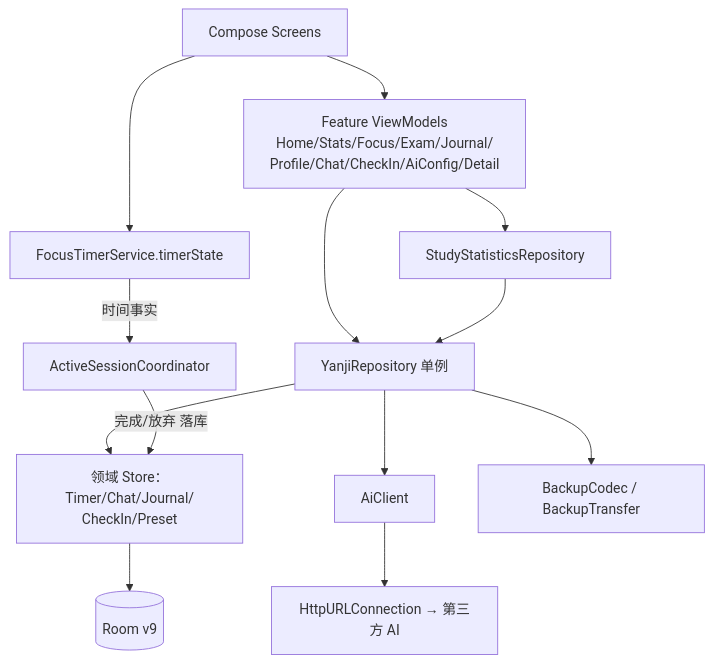
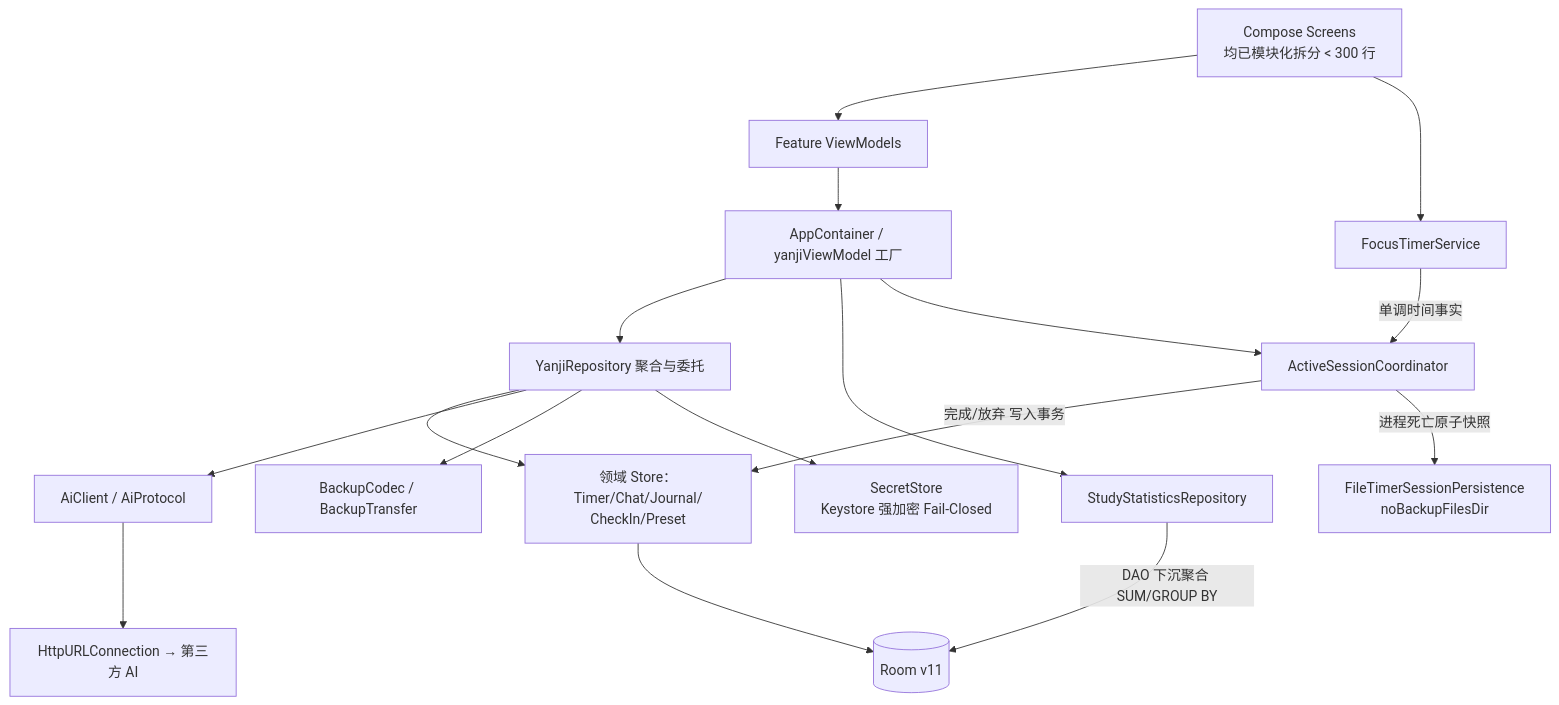
Before and after one commit to xinye1017/yanji: the diagram in 开发手册/架构与能力状态.md, drawn with Mermaid. The commit also changed other lines of this file and 109 other files, not shown here.

````diff
--- a/开发手册/架构与能力状态.md
+++ b/开发手册/架构与能力状态.md
@@ -13,18 +11,21 @@
 ```mermaid
 graph TD
-    UI[Compose Screens] --> VM[Feature ViewModels<br/>Home/Stats/Focus/Exam/Journal/<br/>Profile/Chat/CheckIn/AiConfig/Detail]
-    VM --> REPO[YanjiRepository 单例]
-    VM --> STATS[StudyStatisticsRepository]
-    UI --> SVC[FocusTimerService.timerState]
-
-    STATS --> REPO
+    UI[Compose Screens <br/>均已模块化拆分 < 300 行] --> VM[Feature ViewModels]
+    VM --> DI[AppContainer / yanjiViewModel 工厂]
+    DI --> REPO[YanjiRepository 聚合与委托]
+    DI --> STATS[StudyStatisticsRepository]
+    DI --> COORD[ActiveSessionCoordinator]
 
     REPO --> STORE[领域 Store：Timer/Chat/Journal/<br/>CheckIn/Preset]
-    STORE --> DB[(Room v9)]
-    REPO --> AIC[AiClient]
+    STORE --> DB[(Room v11)]
+    STATS -->|DAO 下沉聚合 SUM/GROUP BY| DB
+    REPO --> AIC[AiClient / AiProtocol]
     AIC --> NET[HttpURLConnection → 第三方 AI]
     REPO --> BAK[BackupCodec / BackupTransfer]
 
-    SVC -->|时间事实| COORD[ActiveSessionCoordinator]
-    COORD -->|完成/放弃 落库| STORE
+    UI --> SVC[FocusTimerService]
+    SVC -->|单调时间事实| COORD
+    COORD -->|完成/放弃 写入事务| STORE
+    COORD -->|进程死亡原子快照| PER[FileTimerSessionPersistence<br/>noBackupFilesDir]
+    REPO --> SEC[SecretStore<br/>Keystore 强加密 Fail-Closed]
 ```
````
